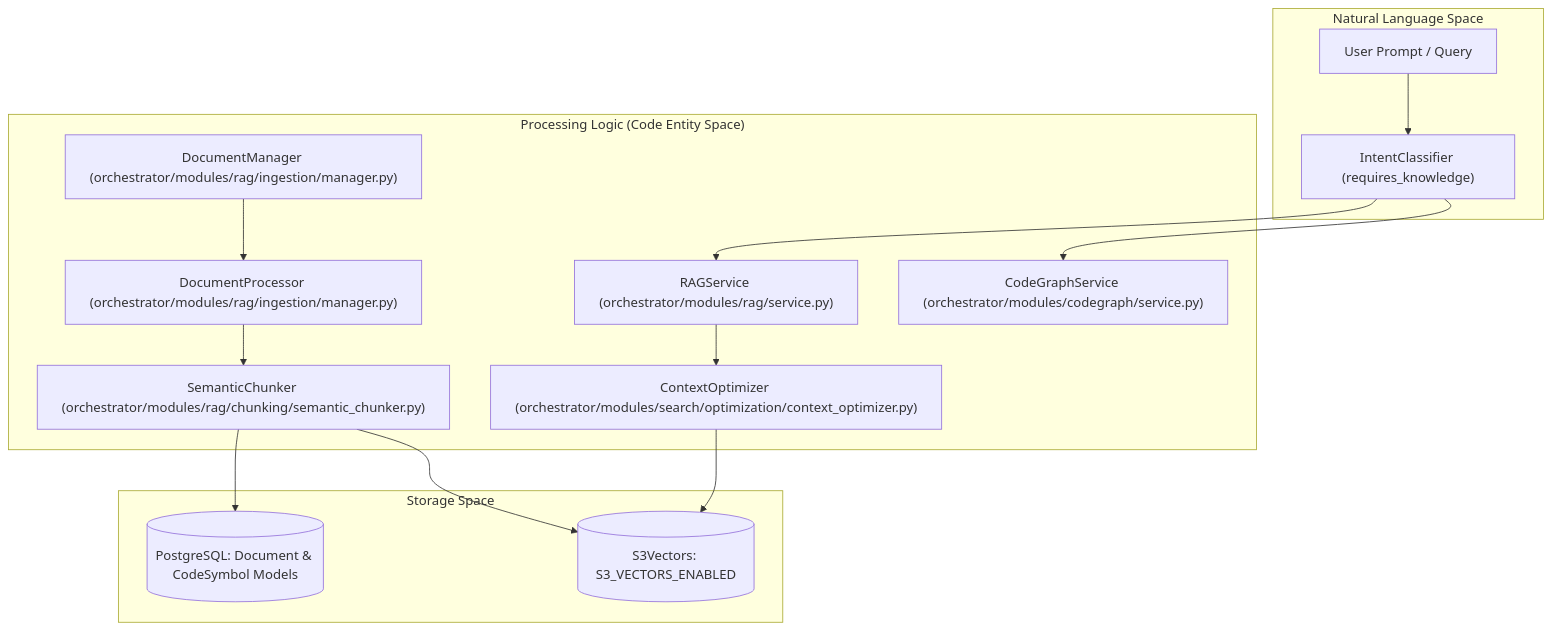
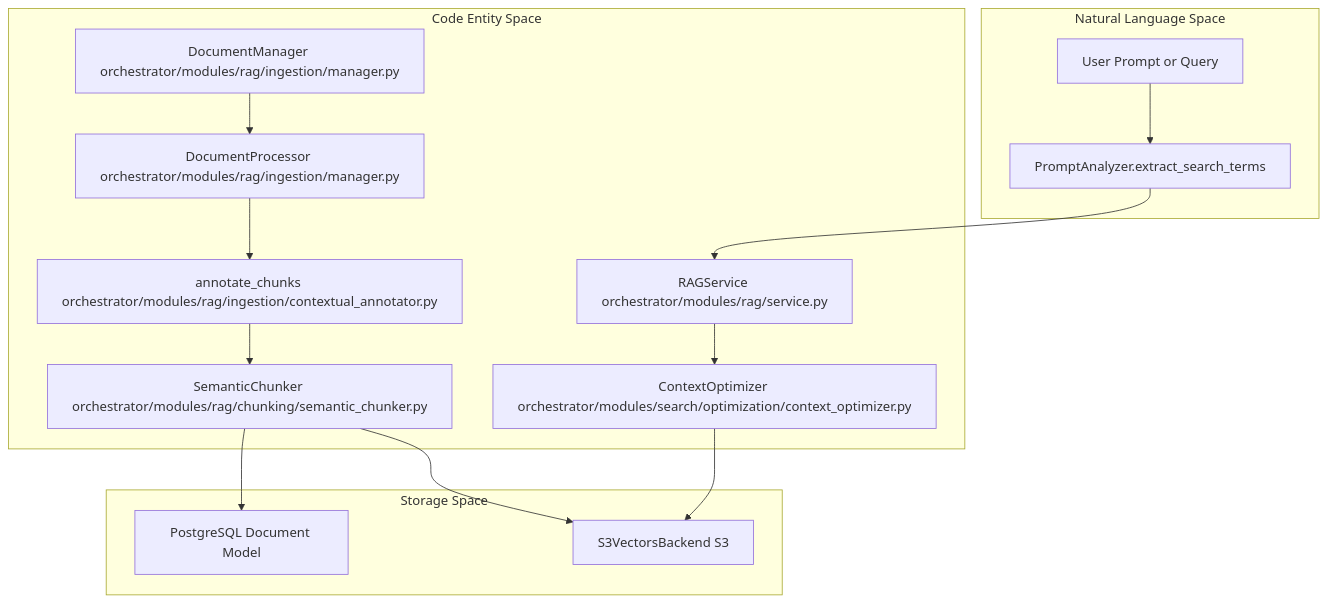
Before and after one commit to AutomatosAI/automatos-ai: the first of 2 diagrams in docs/knowledge-base-rag/_index.md, drawn with Mermaid. The commit also changed other lines of this file and 191 other files, not shown here.

````diff
--- a/docs/knowledge-base-rag/_index.md
+++ b/docs/knowledge-base-rag/_index.md
@@ -43,32 +42,32 @@
 ```mermaid
 graph TB
     subgraph "Natural Language Space"
-        UserQuery["User Prompt / Query"]
-        SearchTerms["IntentClassifier (requires_knowledge)"]
+        UserQuery["User Prompt or Query"]
+        SearchTerms["PromptAnalyzer.extract_search_terms"]
     end
 
-    subgraph "Processing Logic (Code Entity Space)"
-        DocManager["DocumentManager (orchestrator/modules/rag/ingestion/manager.py)"]
-        Proc["DocumentProcessor (orchestrator/modules/rag/ingestion/manager.py)"]
-        Chunker["SemanticChunker (orchestrator/modules/rag/chunking/semantic_chunker.py)"]
-        Svc["RAGService (orchestrator/modules/rag/service.py)"]
-        Opt["ContextOptimizer (orchestrator/modules/search/optimization/context_optimizer.py)"]
-        CodeSvc["CodeGraphService (orchestrator/modules/codegraph/service.py)"]
+    subgraph "Code Entity Space"
+        DocManager["DocumentManager orchestrator/modules/rag/ingestion/manager.py"]
+        Proc["DocumentProcessor orchestrator/modules/rag/ingestion/manager.py"]
+        Annotator["annotate_chunks orchestrator/modules/rag/ingestion/contextual_annotator.py"]
+        Chunker["SemanticChunker orchestrator/modules/rag/chunking/semantic_chunker.py"]
+        Svc["RAGService orchestrator/modules/rag/service.py"]
+        Opt["ContextOptimizer orchestrator/modules/search/optimization/context_optimizer.py"]
     end
 
     subgraph "Storage Space"
-        PG[("PostgreSQL: Document & CodeSymbol Models")]
-        S3V[("S3Vectors: S3_VECTORS_ENABLED")]
+        PG["PostgreSQL Document Model"]
+        S3V["S3VectorsBackend S3"]
     end
 
     UserQuery --> SearchTerms
     SearchTerms --> Svc
-    SearchTerms --> CodeSvc
     Svc --> Opt
     Opt --> S3V
     
     DocManager --> Proc
-    Proc --> Chunker
+    Proc --> Annotator
+    Annotator --> Chunker
     Chunker --> PG
     Chunker --> S3V
 ```
````
